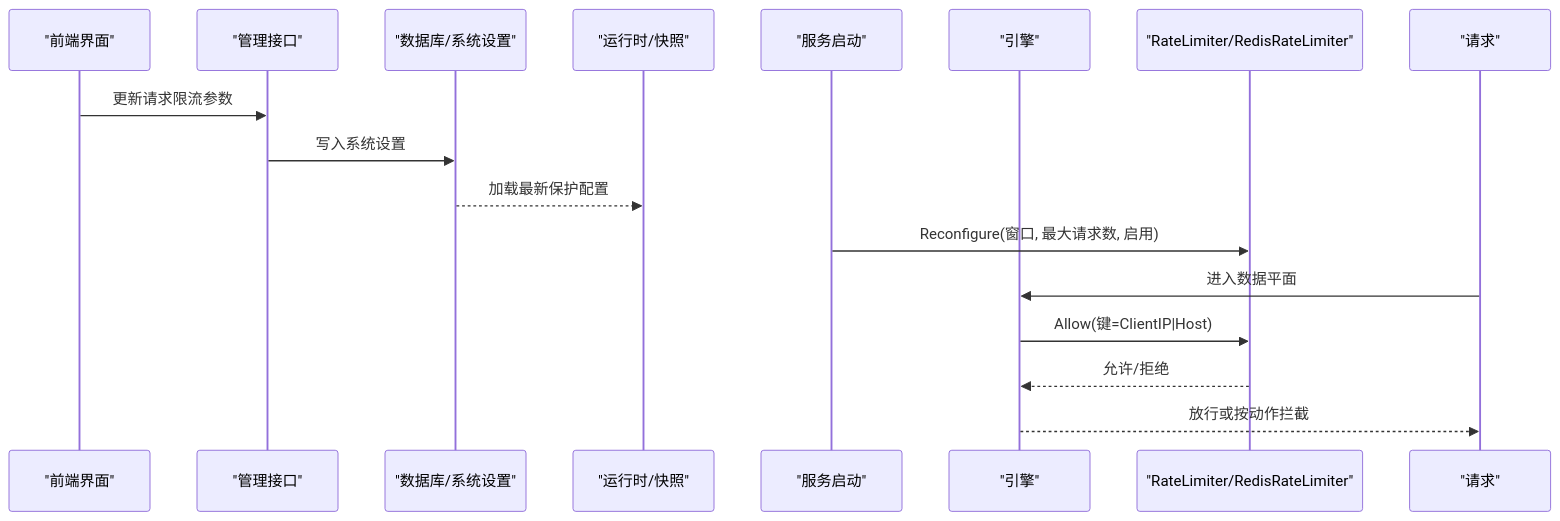
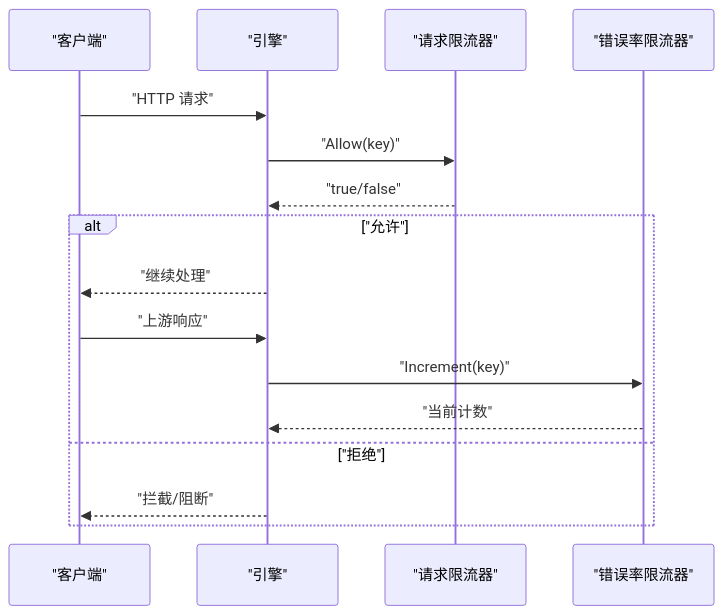
Before and after one commit to x01n/My-OpenWaf: the second of 7 diagrams in docs/WAF 引擎系统/处理阶段详解/请求速率限制阶段.md, drawn with Mermaid. The commit also changed other lines of this file and 199 other files, not shown here.

````diff
--- a/docs/WAF 引擎系统/处理阶段详解/请求速率限制阶段.md
+++ b/docs/WAF 引擎系统/处理阶段详解/请求速率限制阶段.md
@@ -100,19 +84,18 @@
 ```mermaid
 sequenceDiagram
-participant UI as "前端界面"
-participant Admin as "管理接口"
-participant DB as "数据库/系统设置"
-participant RT as "运行时/快照"
-participant Srv as "服务启动"
-participant Eng as "引擎"
-participant RL as "RateLimiter/RedisRateLimiter"
-participant Req as "请求"
-UI->>Admin : 更新请求限流参数
-Admin->>DB : 写入系统设置
-DB-->>RT : 加载最新保护配置
-Srv->>RL : Reconfigure(窗口, 最大请求数, 启用)
-Req->>Eng : 进入数据平面
-Eng->>RL : Allow(键=ClientIP|Host)
-RL-->>Eng : 允许/拒绝
-Eng-->>Req : 放行或按动作拦截
+participant Client as "客户端"
+participant Engine as "引擎"
+participant ReqRL as "请求限流器"
+participant ErrRL as "错误率限流器"
+Client->>Engine : "HTTP 请求"
+Engine->>ReqRL : "Allow(key)"
+ReqRL-->>Engine : "true/false"
+alt "允许"
+Engine-->>Client : "继续处理"
+Client->>Engine : "上游响应"
+Engine->>ErrRL : "Increment(key)"
+ErrRL-->>Engine : "当前计数"
+else "拒绝"
+Engine-->>Client : "拦截/阻断"
+end
 ```
````
